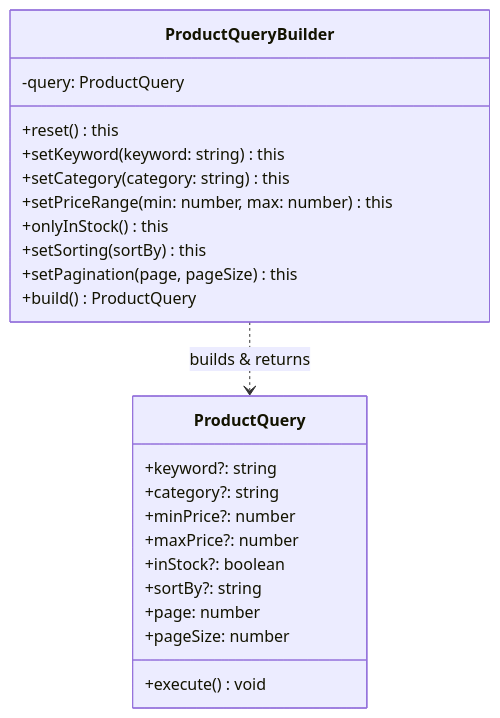
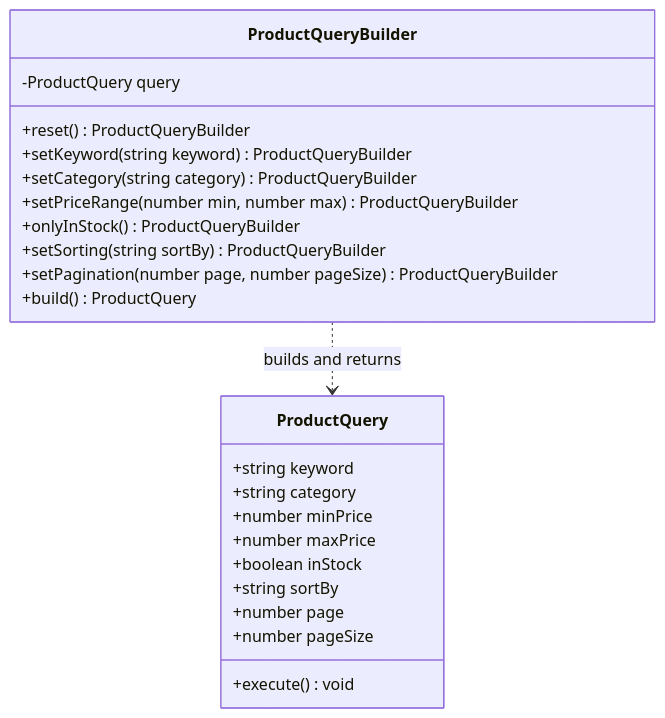
The sixth of 12 diagrams in dev-blog-client/docs/DESIGN_PATTERNS_TYPESCRIPT.md (congphu97/dev-blog-client-2.0), drawn with Mermaid before and after one commit. The commit also changed other lines of this file and 26 other files, not shown here.

````diff
--- a/dev-blog-client/docs/DESIGN_PATTERNS_TYPESCRIPT.md
+++ b/dev-blog-client/docs/DESIGN_PATTERNS_TYPESCRIPT.md
@@ -409,28 +409,28 @@
 ```mermaid
 classDiagram
     class ProductQuery {
-        +keyword?: string
-        +category?: string
-        +minPrice?: number
-        +maxPrice?: number
-        +inStock?: boolean
-        +sortBy?: string
-        +page: number
-        +pageSize: number
+        +string keyword
+        +string category
+        +number minPrice
+        +number maxPrice
+        +boolean inStock
+        +string sortBy
+        +number page
+        +number pageSize
         +execute() void
     }
 
     class ProductQueryBuilder {
-        -query: ProductQuery
-        +reset() this
-        +setKeyword(keyword: string) this
-        +setCategory(category: string) this
-        +setPriceRange(min: number, max: number) this
-        +onlyInStock() this
-        +setSorting(sortBy) this
-        +setPagination(page, pageSize) this
+        -ProductQuery query
+        +reset() ProductQueryBuilder
+        +setKeyword(string keyword) ProductQueryBuilder
+        +setCategory(string category) ProductQueryBuilder
+        +setPriceRange(number min, number max) ProductQueryBuilder
+        +onlyInStock() ProductQueryBuilder
+        +setSorting(string sortBy) ProductQueryBuilder
+        +setPagination(number page, number pageSize) ProductQueryBuilder
         +build() ProductQuery
     }
 
-    ProductQueryBuilder ..> ProductQuery : builds & returns
+    ProductQueryBuilder ..> ProductQuery : builds and returns
 ```
````
